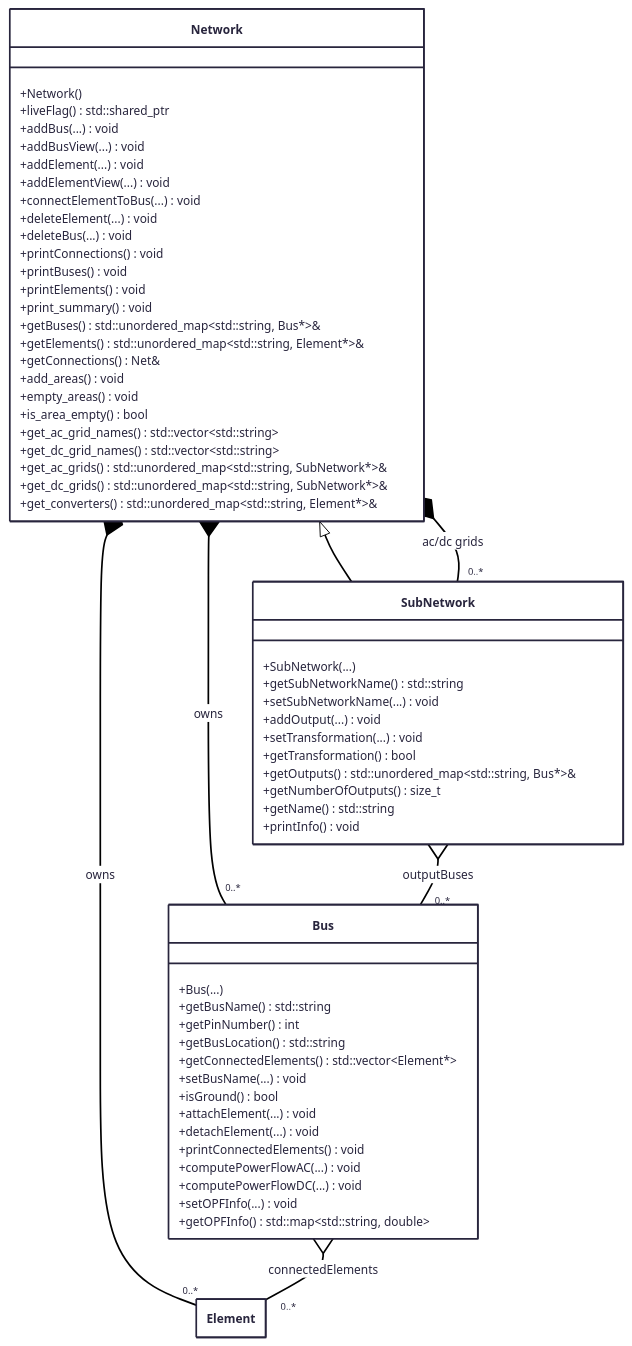
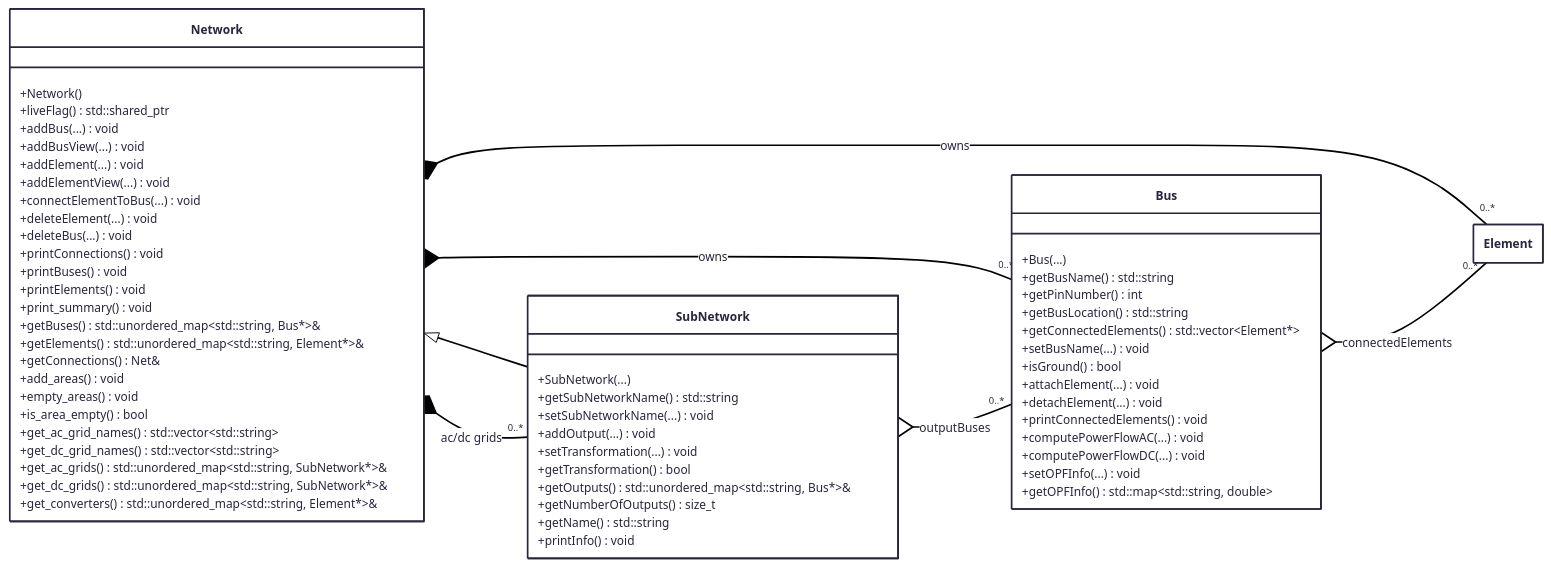
The eighth of 13 diagrams in class_diagram.md (yiquintero/tmp), drawn with Mermaid before and after one commit. The commit also changed other lines of this file, not shown here.

Commit message:
Update class diagram for Network and Subnetwork

````diff
--- a/class_diagram.md
+++ b/class_diagram.md
@@ -284,75 +284,76 @@
 ```mermaid
 ---
 config:
   theme: redux-color
   class:
     hideEmptyMembersBox: true
 ---
 classDiagram
-    class Network {
-        +Network()
-        +liveFlag() std::shared_ptr
-        +addBus(...) void
-        +addBusView(...) void
-        +addElement(...) void
-        +addElementView(...) void
-        +connectElementToBus(...) void
-        +deleteElement(...) void
-        +deleteBus(...) void
-        +printConnections() void
-        +printBuses() void
-        +printElements() void
-        +print_summary() void
-        +getBuses() std::unordered_map~std::string, Bus*~&
-        +getElements() std::unordered_map~std::string, Element*~&
-        +getConnections() Net&
-        +add_areas() void
-        +empty_areas() void
-        +is_area_empty() bool
-        +get_ac_grid_names() std::vector~std::string~
-        +get_dc_grid_names() std::vector~std::string~
-        +get_ac_grids() std::unordered_map~std::string, SubNetwork*~&
-        +get_dc_grids() std::unordered_map~std::string, SubNetwork*~&
-        +get_converters() std::unordered_map~std::string, Element*~&
-    }
+  direction LR
+  class Network {
+      +Network()
+      +liveFlag() std::shared_ptr
+      +addBus(...) void
+      +addBusView(...) void
+      +addElement(...) void
+      +addElementView(...) void
+      +connectElementToBus(...) void
+      +deleteElement(...) void
+      +deleteBus(...) void
+      +printConnections() void
+      +printBuses() void
+      +printElements() void
+      +print_summary() void
+      +getBuses() std::unordered_map~std::string, Bus*~&
+      +getElements() std::unordered_map~std::string, Element*~&
+      +getConnections() Net&
+      +add_areas() void
+      +empty_areas() void
+      +is_area_empty() bool
+      +get_ac_grid_names() std::vector~std::string~
+      +get_dc_grid_names() std::vector~std::string~
+      +get_ac_grids() std::unordered_map~std::string, SubNetwork*~&
+      +get_dc_grids() std::unordered_map~std::string, SubNetwork*~&
+      +get_converters() std::unordered_map~std::string, Element*~&
+  }
 
-    class SubNetwork {
-        +SubNetwork(...)
-        +getSubNetworkName() std::string
-        +setSubNetworkName(...) void
-        +addOutput(...) void
-        +setTransformation(...) void
-        +getTransformation() bool
-        +getOutputs() std::unordered_map~std::string, Bus*~&
-        +getNumberOfOutputs() size_t
-        +getName() std::string
-        +printInfo() void
-    }
+  class SubNetwork {
+      +SubNetwork(...)
+      +getSubNetworkName() std::string
+      +setSubNetworkName(...) void
+      +addOutput(...) void
+      +setTransformation(...) void
+      +getTransformation() bool
+      +getOutputs() std::unordered_map~std::string, Bus*~&
+      +getNumberOfOutputs() size_t
+      +getName() std::string
+      +printInfo() void
+  }
 
-    class Bus {
-        +Bus(...)
-        +getBusName() std::string
-        +getPinNumber() int
-        +getBusLocation() std::string
-        +getConnectedElements() std::vector~Element*~
-        +setBusName(...) void
-        +isGround() bool
-        +attachElement(...) void
-        +detachElement(...) void
-        +printConnectedElements() void
-        +computePowerFlowAC(...) void
-        +computePowerFlowDC(...) void
-        +setOPFInfo(...) void
-        +getOPFInfo() std::map~std::string, double~
-    }
+  class Bus {
+      +Bus(...)
+      +getBusName() std::string
+      +getPinNumber() int
+      +getBusLocation() std::string
+      +getConnectedElements() std::vector~Element*~
+      +setBusName(...) void
+      +isGround() bool
+      +attachElement(...) void
+      +detachElement(...) void
+      +printConnectedElements() void
+      +computePowerFlowAC(...) void
+      +computePowerFlowDC(...) void
+      +setOPFInfo(...) void
+      +getOPFInfo() std::map~std::string, double~
+  }
 
-    class Element
+  class Element
 
-    Network <|-- SubNetwork
-    Network *-- "0..*" Bus : owns
-    Network *-- "0..*" Element : owns
-    Network *-- "0..*" SubNetwork : ac/dc grids
-    SubNetwork o-- "0..*" Bus : outputBuses
-    Bus o-- "0..*" Element : connectedElements
+  Network <|-- SubNetwork
+  Network *-- "0..*" Bus : owns
+  Network *-- "0..*" Element : owns
+  Network *-- "0..*" SubNetwork : ac/dc grids
+  SubNetwork o-- "0..*" Bus : outputBuses
+  Bus o-- "0..*" Element : connectedElements
 
 ```
````
